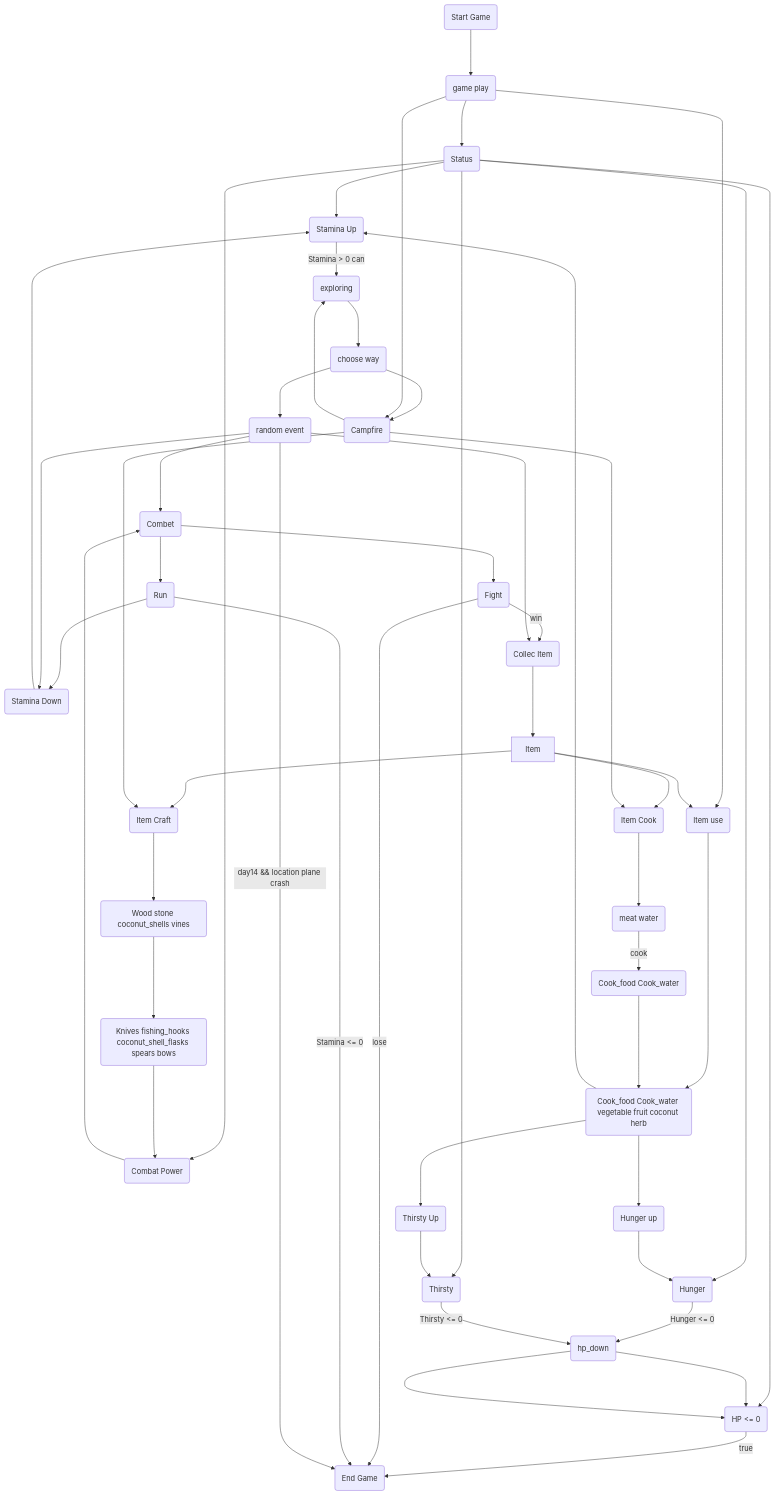
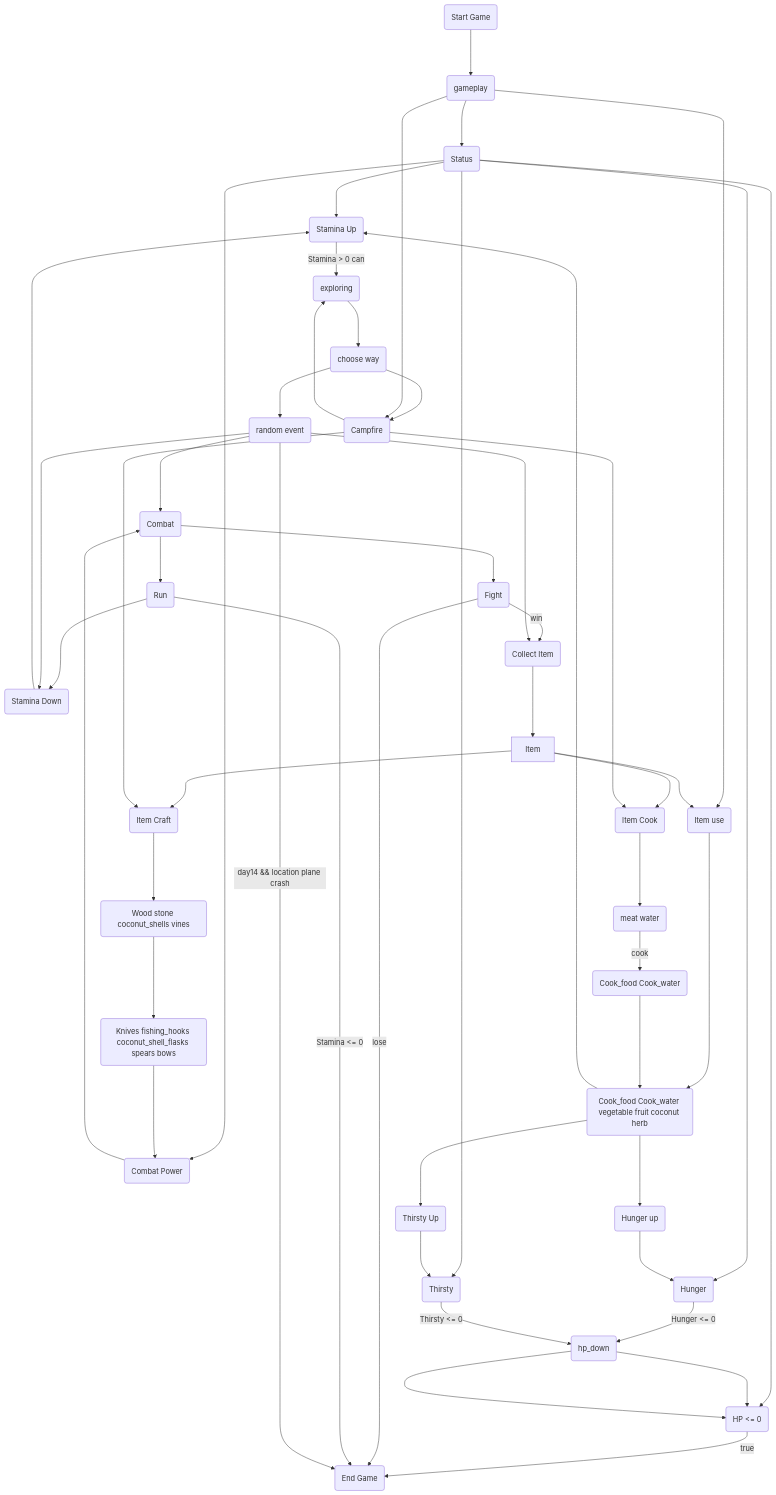
Before and after one commit to SSProgamer/C-Project: the diagram in need me.md, drawn with Mermaid.

Commit message:
Update need me.md

````diff
--- a/need me.md
+++ b/need me.md
@@ -35,30 +35,30 @@
 ```mermaid
 flowchart TD
-start(Start Game) ---> ingame(game play)
+start(Start Game) ---> ingame(gameplay)
 ingame ---> status(Status) --->hp
 status ---> Stamina(Stamina) -- Stamina > 0 can--> explore
 status ---> Hunger(Hunger) --Hunger <= 0--> hp_down(hp_down) ---> hp
 status ---> Thirsty(Thirsty) --Thirsty <= 0--> hp_down(hp_down) ---> hp
 status ---> combatpower(Combat Power) --> combet
 hp(HP <= 0) --true--> e(End Game)
 
 campfire ---> explore(exploring) ---> way(choose way) ---> event(random event)
 way ---> campfire
-event ----> combet(Combet)
-combet ---> fight(Fight) --win--> collectitem(Collec Item)
+event ----> combet(Combat)
+combet ---> fight(Fight) --win--> collectitem(Collect Item)
 fight(Fight) --lose--> e
 combet ---> run(Run) ---> Staminadown(Stamina Down) --> Stamina
 run(Run) --Stamina <= 0--> e
 event ---> Staminadown(Stamina Down)
 event --day14 && location plane crash--> e(End Game)
-event(random event) ----> collectitem(Collec Item) ---> Item
+event(random event) ----> collectitem(Collect Item) ---> Item
 ingame ---> Itemuse(Item use)
 Item ---> Itemuse ---> Itemuseable(Cook_food Cook_water vegetable fruit coconut herb) --->Hungerup(Hunger up) ---> Hunger
 Itemuseable ---> Thirstyup(Thirsty Up) ---> Thirsty
 Itemuseable ---> Stamina(Stamina Up)
 Item ---> Itemcraft(Item Craft) ---> Itemcraftable(Wood stone coconut_shells vines) ---> equipment(Knives fishing_hooks coconut_shell_flasks spears bows) ---> combatpower
 Item ---> Itemcook(Item Cook) ---> Itemcookable(meat water) --cook--> foodcook(Cook_food Cook_water) --->Itemuseable
 ingame ---> campfire(Campfire)
 campfire(Campfire) ---> Itemcraft(Item Craft)
 campfire(Campfire) ---> Itemcook(Item Cook)
 ```
````
